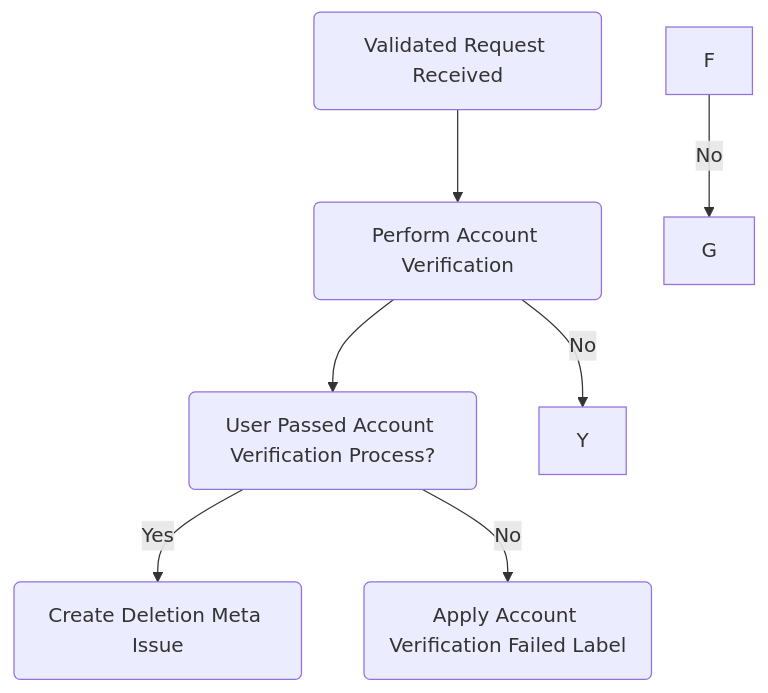
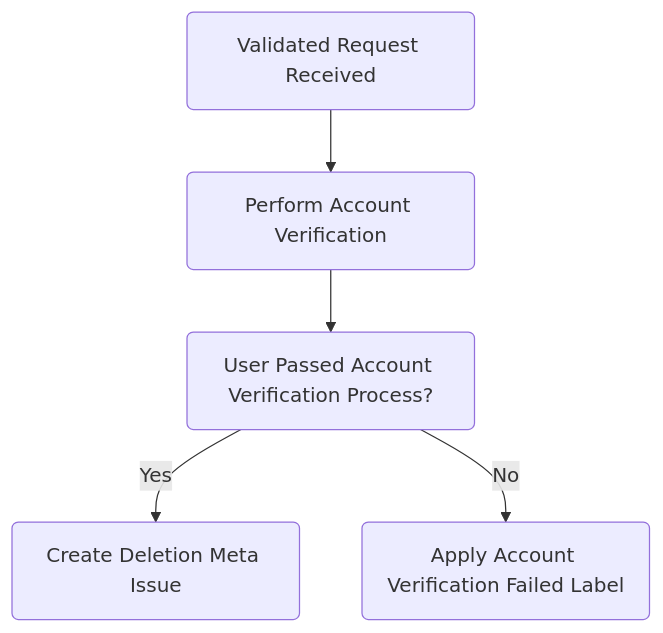
One commit to secretstartups/handbook changed the diagram in support/workflows/account_deletion.html.md. Above: the diagram before and after it, drawn with Mermaid.

````diff
--- a/support/workflows/account_deletion.html.md
+++ b/support/workflows/account_deletion.html.md
@@ -85,11 +85,9 @@
 ```mermaid
 graph TD
 A(Validated Request Received)-->B
 B(Perform Account Verification)-->E
 E(User Passed Account Verification Process?)-->|Yes|I
-B-->|No|Y
 E-->|No|H
 H(Apply Account Verification Failed Label)
-F-->|No|G
 I(Create Deletion Meta Issue)
 ```
````
